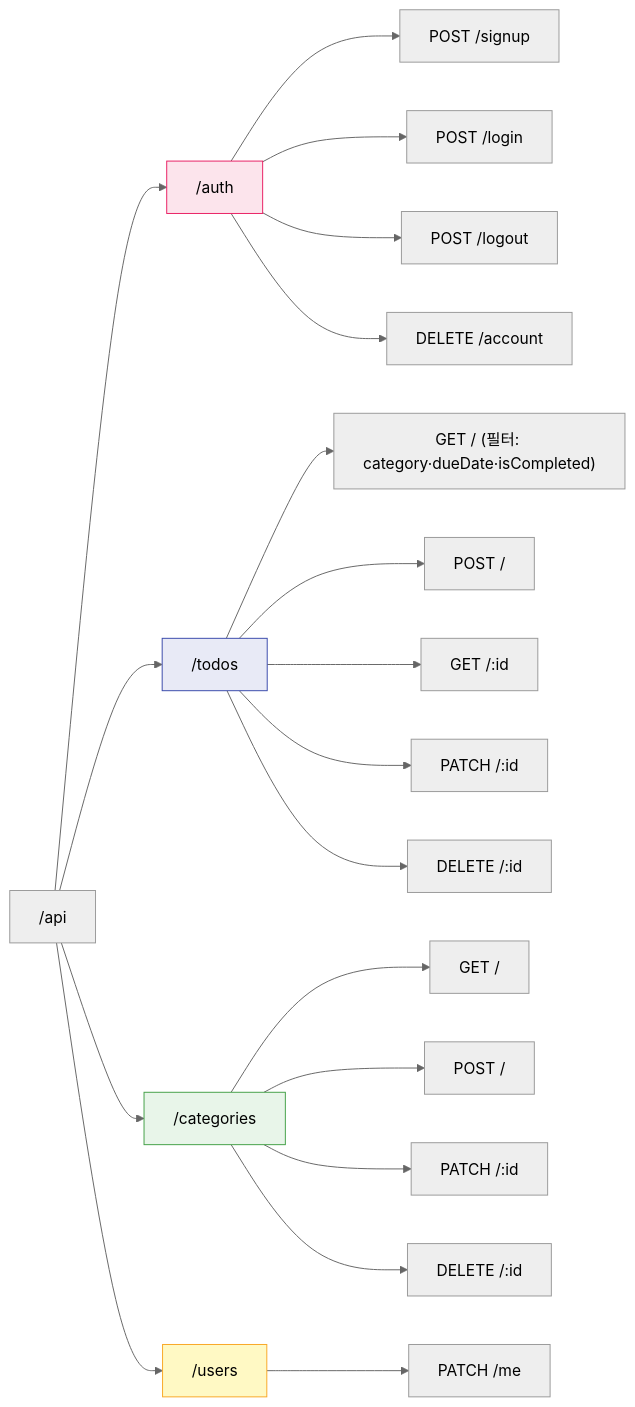
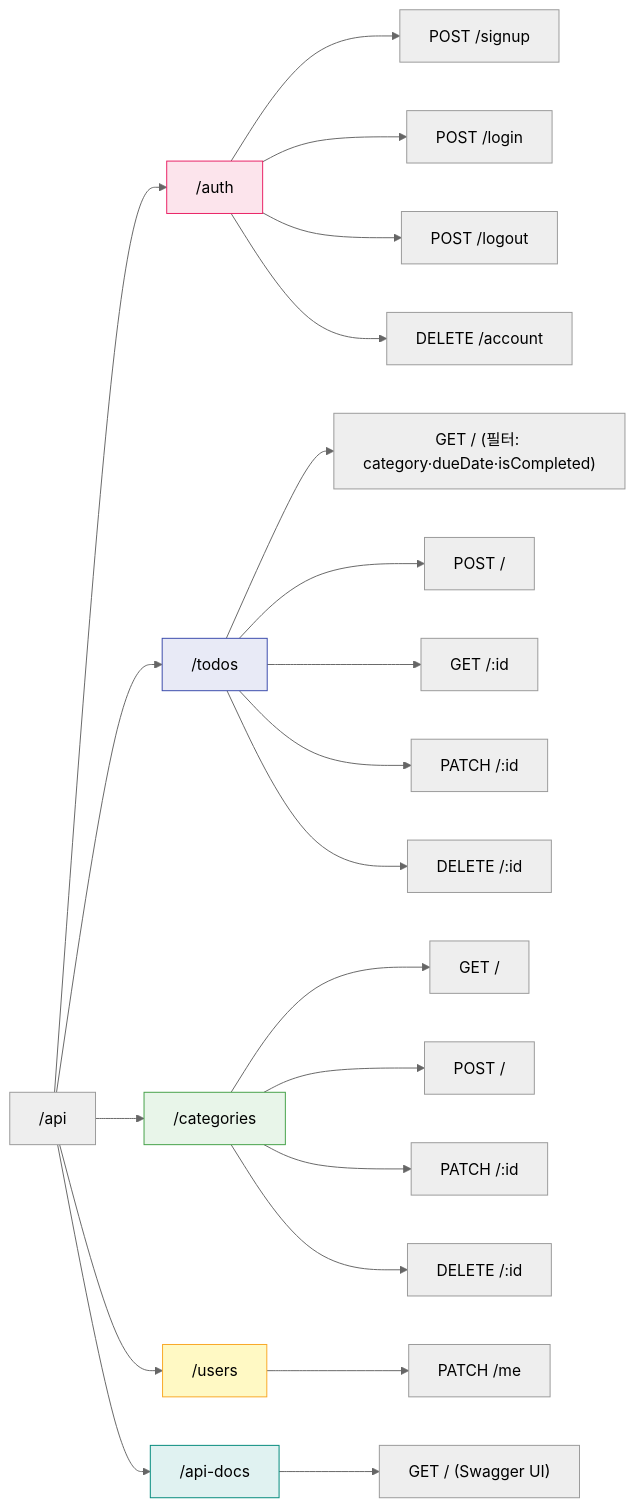
Before and after one commit to oxffkode-hue/todolist-app: the sixth of 6 diagrams in docs/5-arch-diagram.md, drawn with Mermaid (neutral theme). The commit also changed other lines of this file and 147 other files, not shown here.

````diff
--- a/docs/5-arch-diagram.md
+++ b/docs/5-arch-diagram.md
@@ -146,32 +153,36 @@
 ```mermaid
 graph LR
     API["/api"]
 
     API --> AUTH["/auth"]
     API --> TODOS["/todos"]
     API --> CAT["/categories"]
     API --> USERS["/users"]
 
     AUTH --> A1["POST /signup"]
     AUTH --> A2["POST /login"]
     AUTH --> A3["POST /logout"]
     AUTH --> A4["DELETE /account"]
 
     TODOS --> T1["GET / (필터: category·dueDate·isCompleted)"]
     TODOS --> T2["POST /"]
     TODOS --> T3["GET /:id"]
     TODOS --> T4["PATCH /:id"]
     TODOS --> T5["DELETE /:id"]
 
     CAT --> C1["GET /"]
     CAT --> C2["POST /"]
     CAT --> C3["PATCH /:id"]
     CAT --> C4["DELETE /:id"]
 
     USERS --> U1["PATCH /me"]
 
+    API --> DOCS["/api-docs"]
+    DOCS --> D1["GET / (Swagger UI)"]
+
     style AUTH fill:#FCE4EC,stroke:#E91E63
     style TODOS fill:#E8EAF6,stroke:#3949AB
     style CAT fill:#E8F5E9,stroke:#43A047
     style USERS fill:#FFF9C4,stroke:#F9A825
+    style DOCS fill:#E0F2F1,stroke:#00897B
 ```
````
